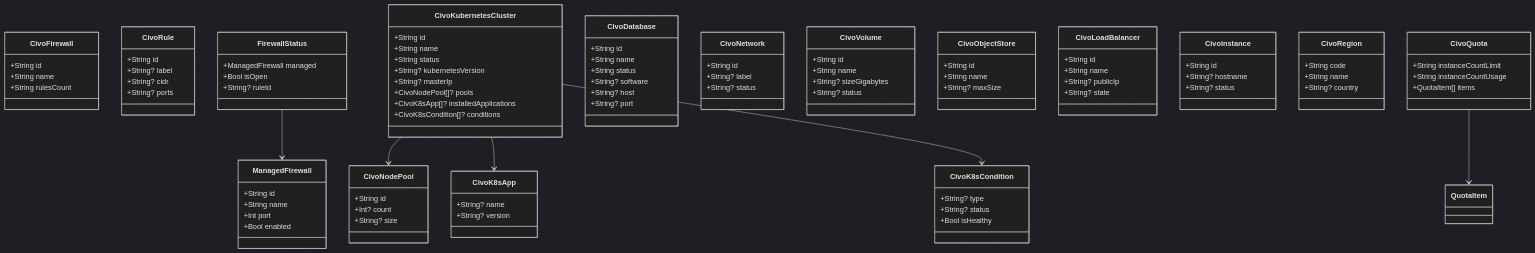
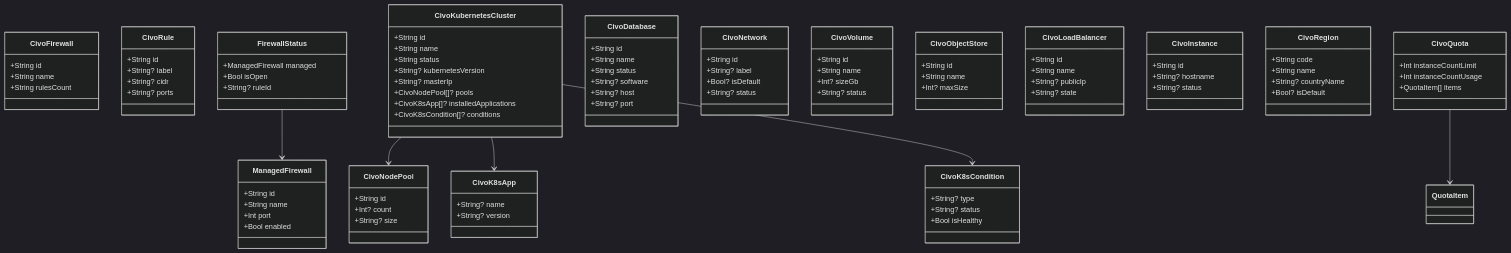
Before and after one commit to marcelrgberger/civo-cloud-manager: the second of 7 diagrams in README.md, drawn with Mermaid (dark theme). The commit also changed other lines of this file, not shown here.

Commit message:
Fix README: update all diagrams and docs to match current codebase

```diff
--- a/README.md
+++ b/README.md
@@ -273,20 +273,21 @@
     class CivoNetwork {
         +String id
         +String? label
+        +Bool? isDefault
         +String? status
     }
 
     class CivoVolume {
         +String id
         +String name
-        +String? sizeGigabytes
+        +Int? sizeGb
         +String? status
     }
 
     class CivoObjectStore {
         +String id
         +String name
-        +String? maxSize
+        +Int? maxSize
     }
 
     class CivoLoadBalancer {
@@ -305,12 +306,13 @@
     class CivoRegion {
         +String code
         +String name
-        +String? country
+        +String? countryName
+        +Bool? isDefault
     }
 
     class CivoQuota {
-        +String instanceCountLimit
-        +String instanceCountUsage
+        +Int instanceCountLimit
+        +Int instanceCountUsage
         +QuotaItem[] items
     }
 
```
